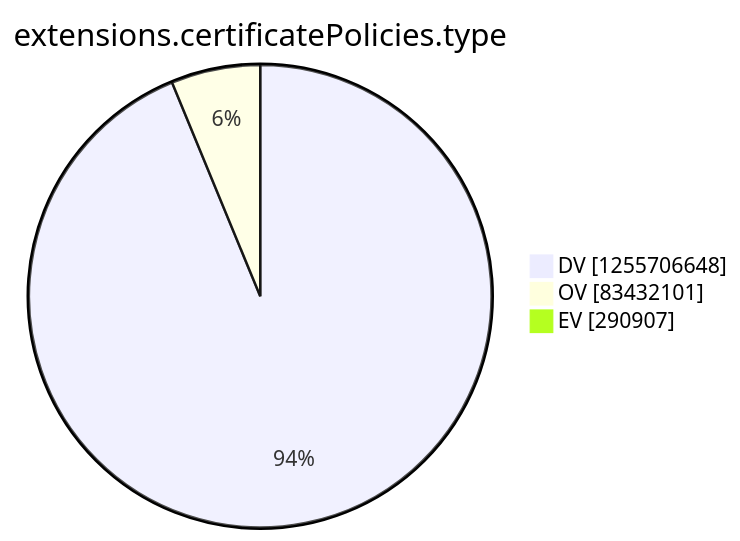
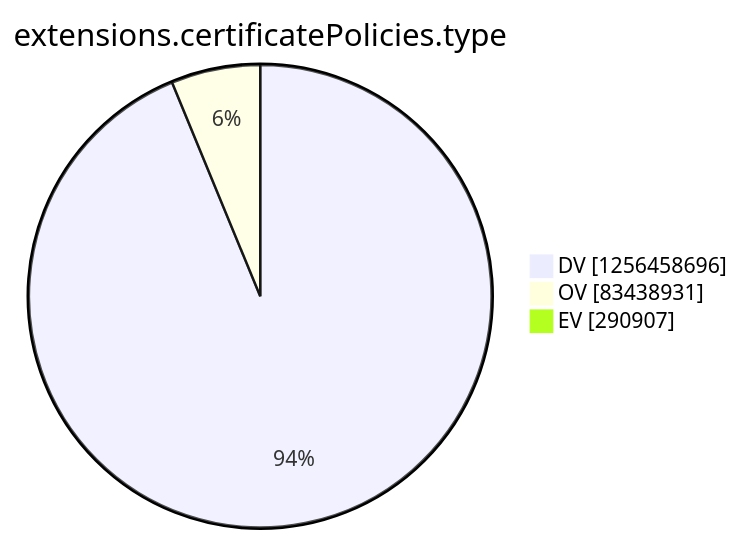
Before and after one commit to christiankrug/ctmonitor_visualization: the tenth of 15 diagrams in argon2022/README.md, drawn with Mermaid. The commit also changed other lines of this file, not shown here.

````diff
--- a/argon2022/README.md
+++ b/argon2022/README.md
@@ -2771,7 +2771,7 @@
 ```mermaid
 pie showData
 title extensions.certificatePolicies.type
-"DV" :1255706648
-"OV" :83432101
+"DV" :1256458696
+"OV" :83438931
 "EV" :290907
 ```
````
